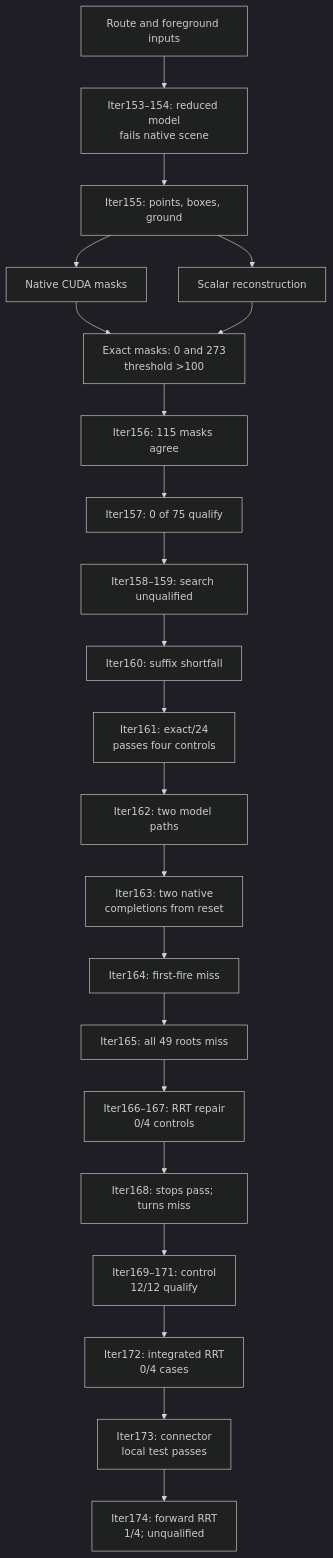
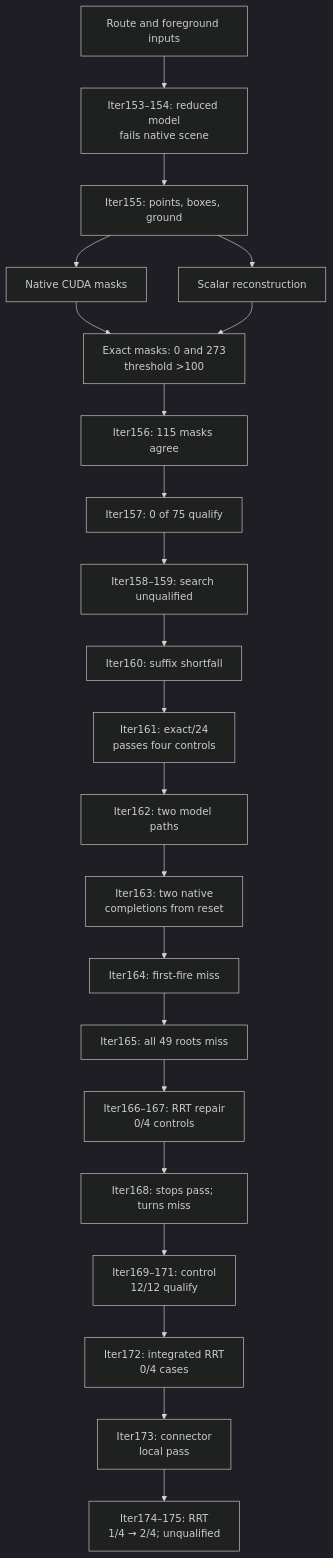
One commit to manfromnowhere143/sentinel changed the fourth of 4 diagrams in docs/ARCHITECTURE.md. Above: the diagram before and after it, drawn with Mermaid (dark theme). The commit also changed other lines of this file and 21 other files, not shown here.

````diff
--- a/docs/ARCHITECTURE.md
+++ b/docs/ARCHITECTURE.md
@@ -209,26 +209,26 @@
 ```mermaid
 flowchart TB
   accTitle: Scene constraints and planner qualification
   accDescr: Reset completion is not first-fire recovery.
   G["Route and foreground inputs"] --> M["Iter153–154: reduced model<br/>fails native scene"]
   M --> X["Iter155: points, boxes, ground"]
   X --> C["Native CUDA masks"]
   X --> S["Scalar reconstruction"]
   C --> E["Exact masks: 0 and 273<br/>threshold >100"]
   S --> E
   E --> F["Iter156: 115 masks agree"]
   F --> L["Iter157: 0 of 75 qualify"]
   L --> A["Iter158–159: search unqualified"]
   A --> K["Iter160: suffix shortfall"]
   K --> Z["Iter161: exact/24<br/>passes four controls"]
   Z --> Y["Iter162: two model paths"]
   Y --> V["Iter163: two native<br/>completions from reset"]
   V --> B["Iter164: first-fire miss"]
   B --> D["Iter165: all 49 roots miss"]
   D --> R["Iter166–167: RRT repair<br/>0/4 controls"]
   R --> J["Iter168: stops pass; turns miss"]
   J --> H["Iter169–171: control<br/>12/12 qualify"]
   H --> I["Iter172: integrated RRT<br/>0/4 cases"]
-  I --> O["Iter173: connector<br/>local test passes"]
-  O --> U["Iter174: forward RRT<br/>1/4; unqualified"]
+  I --> O["Iter173: connector<br/>local pass"]
+  O --> U["Iter174–175: RRT<br/>1/4 → 2/4; unqualified"]
 ```
````
